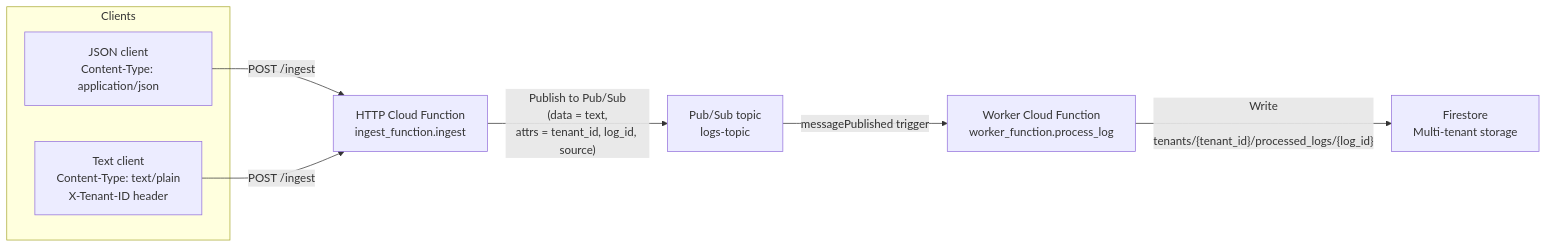
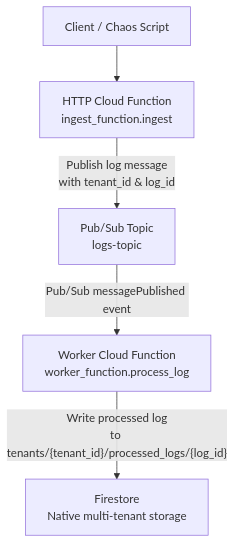
Before and after one commit to aarush6848ddh/robust-data-processor: the diagram in README.md, drawn with Mermaid. The commit also changed other lines of this file, not shown here.

Commit message:
Update README and finalize GCP multi-tenant log pipeline

````diff
--- a/README.md
+++ b/README.md
@@ -20,16 +20,13 @@
 ```mermaid
-graph LR
-  subgraph Clients
-    J[JSON client\nContent-Type: application/json]
-    T[Text client\nContent-Type: text/plain\nX-Tenant-ID header]
-  end
+flowchart TD
+  client[Client / Chaos Script]
+  ingest[HTTP Cloud Function<br/>ingest_function.ingest]
+  topic[Pub/Sub Topic<br/>logs-topic]
+  worker[Worker Cloud Function<br/>worker_function.process_log]
+  firestore[Firestore<br/>Native multi-tenant storage]
 
-  J -->|"POST /ingest"| I[HTTP Cloud Function\ningest_function.ingest]
-  T -->|"POST /ingest"| I
-
-  I -->|"Publish to Pub/Sub\n(data = text,\nattrs = tenant_id, log_id, source)"| P[Pub/Sub topic\nlogs-topic]
-
-  P -->|"messagePublished trigger"| W[Worker Cloud Function\nworker_function.process_log]
-
-  W -->|"Write\n tenants/{tenant_id}/processed_logs/{log_id}"| F[Firestore\nMulti-tenant storage]
+  client --> ingest
+  ingest -->|"Publish log message<br/>with tenant_id & log_id"| topic
+  topic -->|"Pub/Sub messagePublished event"| worker
+  worker -->|"Write processed log<br/>to tenants/{tenant_id}/processed_logs/{log_id}"| firestore
 ```
````
